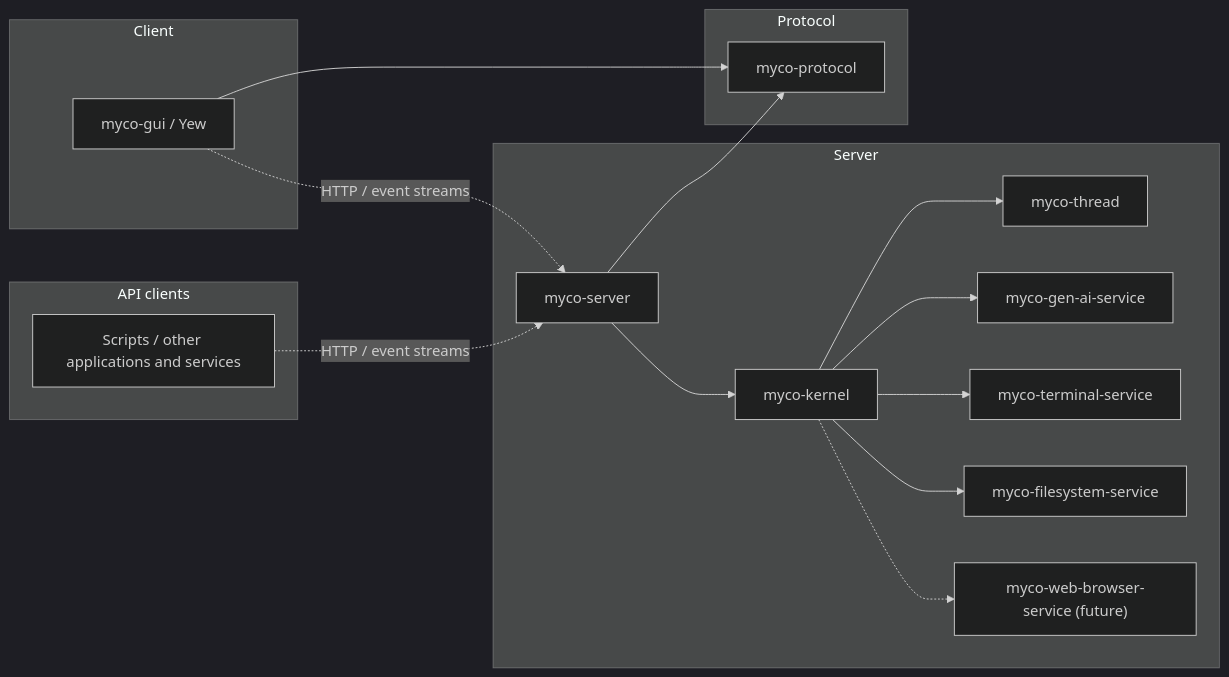
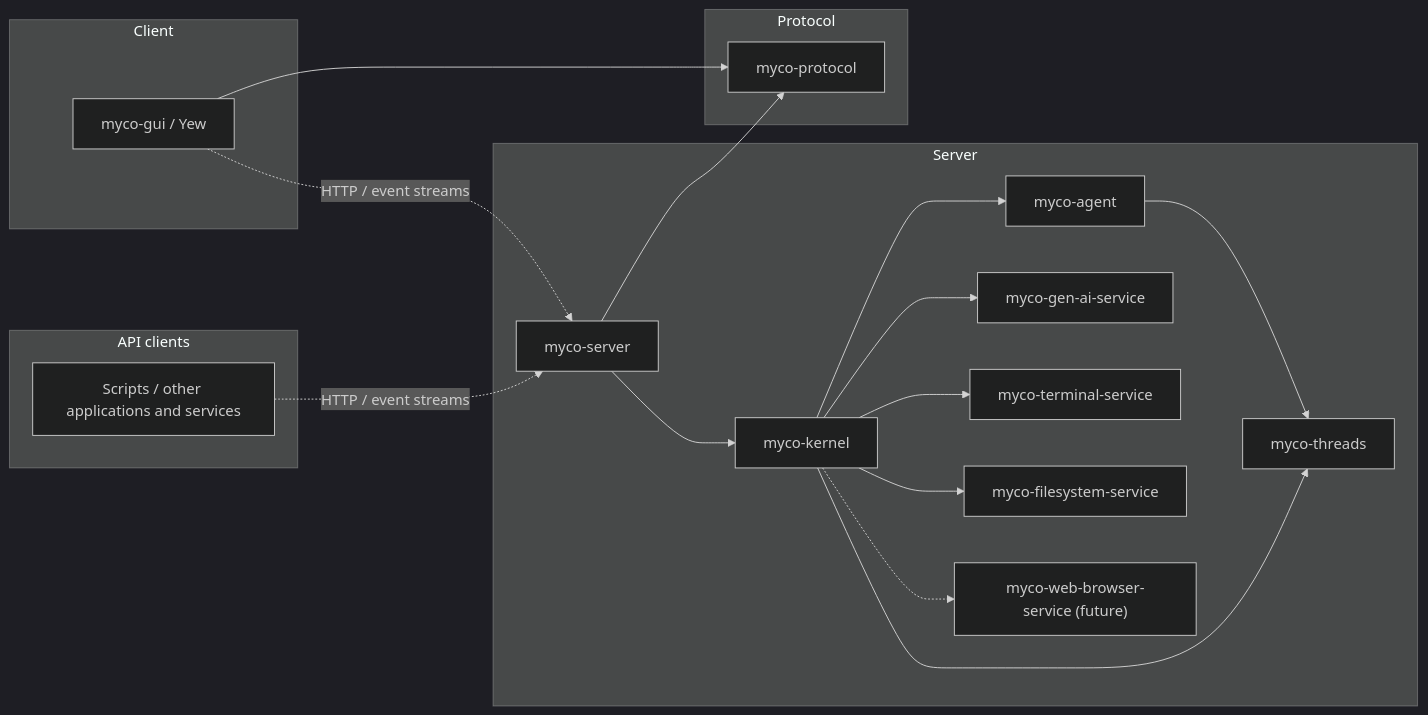
The diagram in DESIGN.md (tsnl/myco), drawn with Mermaid (dark theme) before and after one commit. The commit also changed other lines of this file, not shown here.

Commit message:
Compose agents from an effectful streaming threads API

````diff
--- a/DESIGN.md
+++ b/DESIGN.md
@@ -7,24 +7,26 @@
 ```mermaid
 flowchart LR
     subgraph Server
         server[myco-server] --> kernel[myco-kernel]
-        kernel --> thread[myco-thread]
+        kernel --> agent[myco-agent]
+        agent --> threads[myco-threads]
+        kernel --> threads
         kernel --> gen_ai[myco-gen-ai-service]
         kernel --> terminal[myco-terminal-service]
         kernel --> filesystem[myco-filesystem-service]
         kernel -.-> browser["myco-web-browser-service (future)"]
     end
     subgraph Protocol
         protocol[myco-protocol]
     end
     subgraph Client
         gui[myco-gui / Yew]
     end
     subgraph Integrations[API clients]
         scripts["Scripts / other applications and services"]
     end
     server --> protocol
     gui --> protocol
     gui -. HTTP / event streams .-> server
     scripts -. HTTP / event streams .-> server
 ```
````
